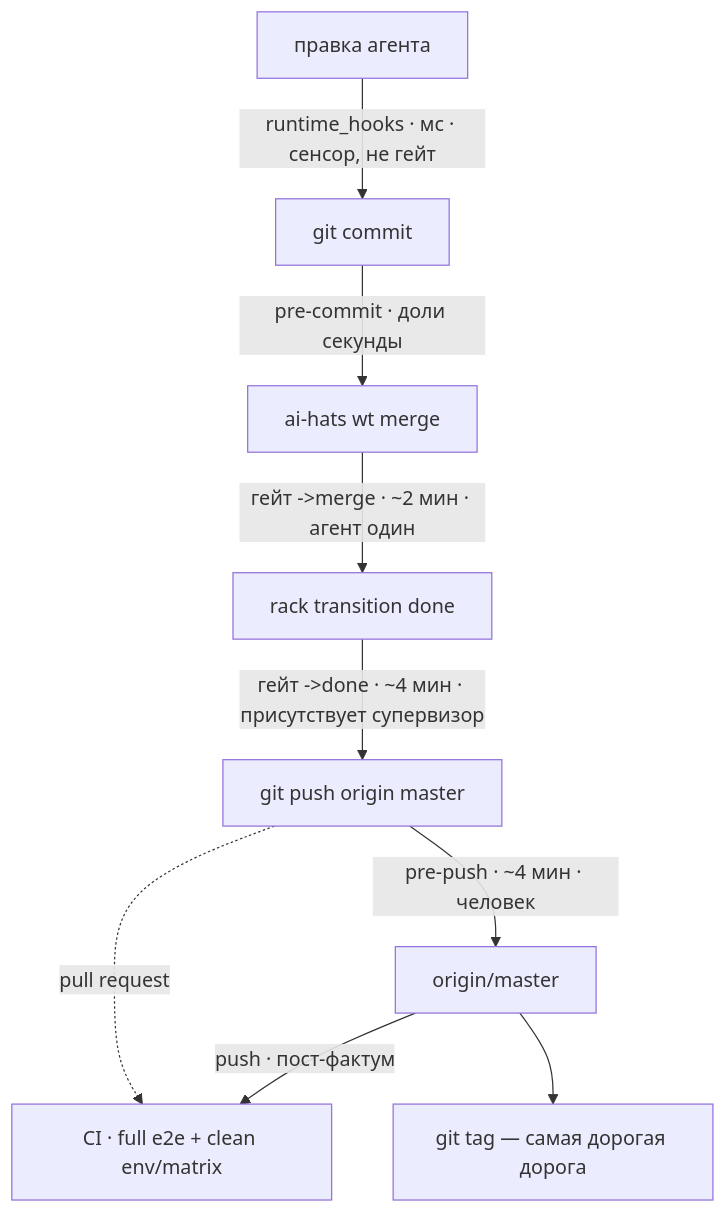
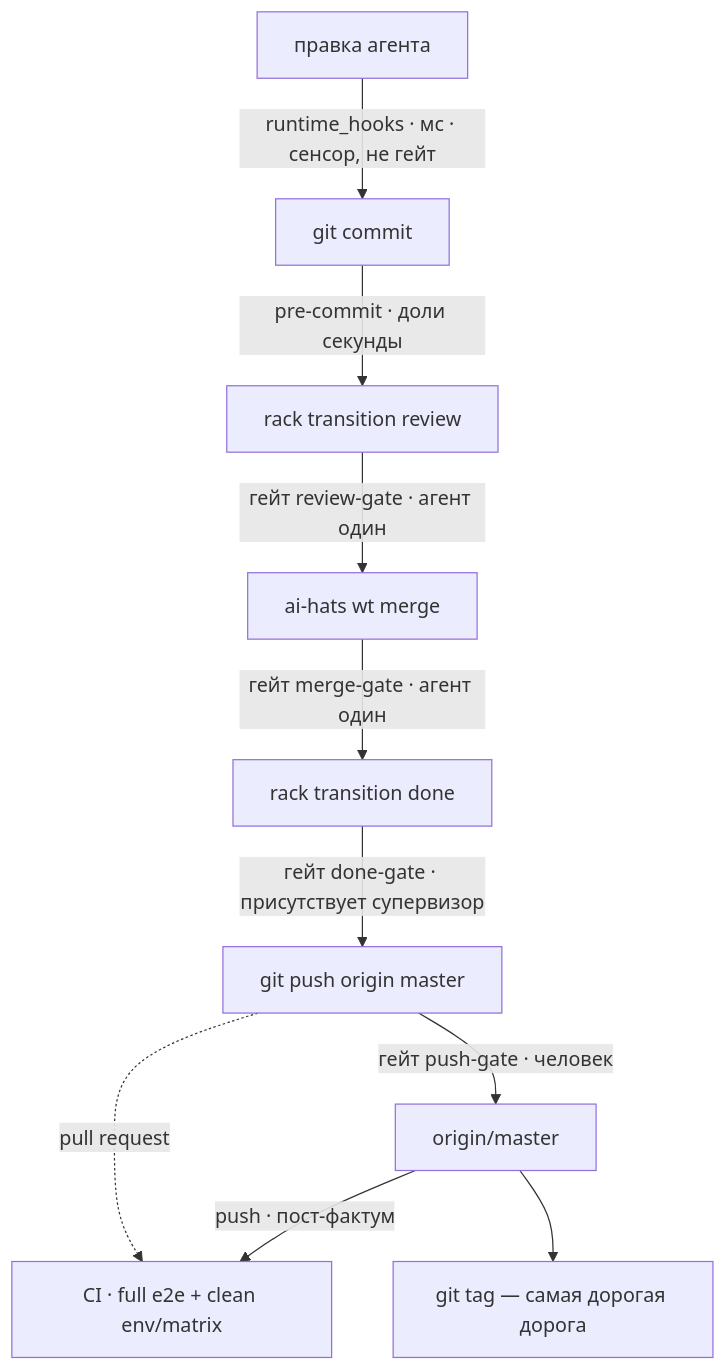
One commit to muratovv/ai-hats changed the diagram in docs/adr/0023-quality-gate.md. Above: the diagram before and after it, drawn with Mermaid. The commit also changed other lines of this file and 6 other files, not shown here.

````diff
--- a/docs/adr/0023-quality-gate.md
+++ b/docs/adr/0023-quality-gate.md
@@ -156,11 +145,12 @@
 ```mermaid
 flowchart TD
     A["правка агента"] -->|"runtime_hooks · мс · сенсор, не гейт"| B["git commit"]
-    B -->|"pre-commit · доли секунды"| C["ai-hats wt merge"]
-    C -->|"гейт ->merge · ~2 мин · агент один"| D["rack transition done"]
-    D -->|"гейт ->done · ~4 мин · присутствует супервизор"| E["git push origin master"]
-    E -->|"pre-push · ~4 мин · человек"| F["origin/master"]
+    B -->|"pre-commit · доли секунды"| R["rack transition review"]
+    R -->|"гейт review-gate · агент один"| C["ai-hats wt merge"]
+    C -->|"гейт merge-gate · агент один"| D["rack transition done"]
+    D -->|"гейт done-gate · присутствует супервизор"| E["git push origin master"]
+    E -->|"гейт push-gate · человек"| F["origin/master"]
     E -.->|"pull request"| G["CI · full e2e + clean env/matrix"]
     F -->|"push · пост-фактум"| G
     F --> H["git tag — самая дорогая дорога"]
 ```
````
